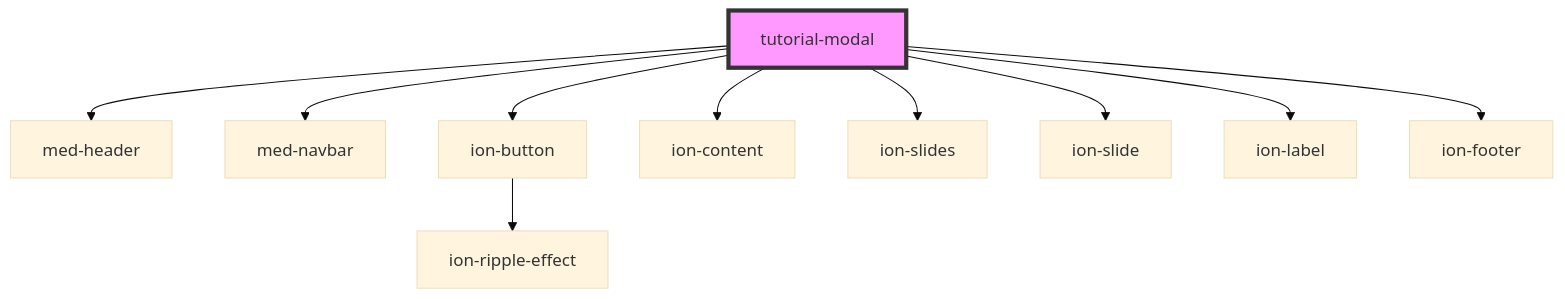
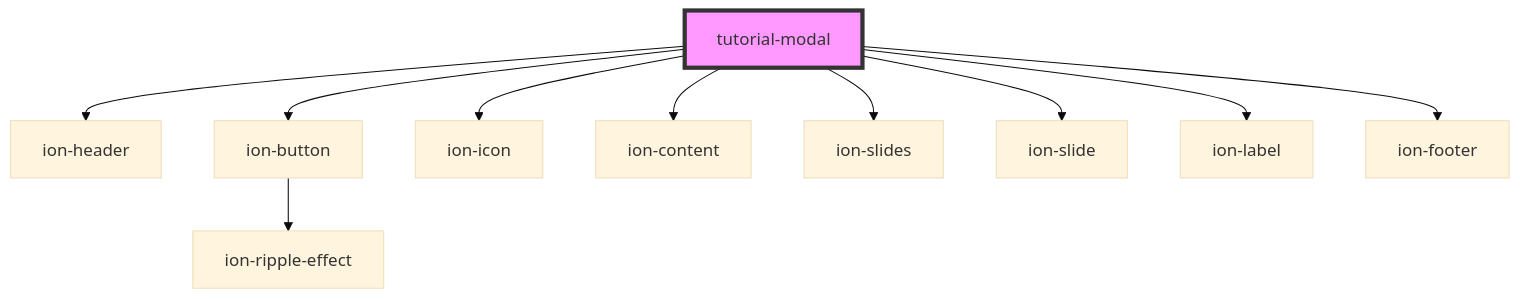
Before and after one commit to MEDGRUPOGIT/ionic-framework-1: the diagram in core/src/components/@templarios/ionic-1-migracao/simulados/tutorial-modal/readme.md, drawn with Mermaid (base theme). The commit also changed other lines of this file and 11 other files, not shown here.

````diff
--- a/core/src/components/@templarios/ionic-1-migracao/simulados/tutorial-modal/readme.md
+++ b/core/src/components/@templarios/ionic-1-migracao/simulados/tutorial-modal/readme.md
@@ -22,13 +22,13 @@
 ```mermaid
 graph TD;
-  tutorial-modal --> med-header
-  tutorial-modal --> med-navbar
+  tutorial-modal --> ion-header
   tutorial-modal --> ion-button
+  tutorial-modal --> ion-icon
   tutorial-modal --> ion-content
   tutorial-modal --> ion-slides
   tutorial-modal --> ion-slide
   tutorial-modal --> ion-label
   tutorial-modal --> ion-footer
   ion-button --> ion-ripple-effect
   style tutorial-modal fill:#f9f,stroke:#333,stroke-width:4px
 ```
````
